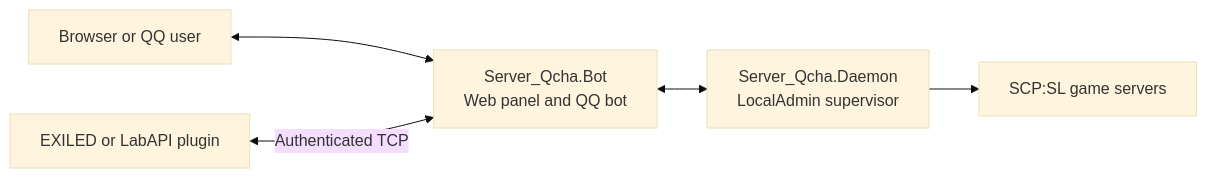
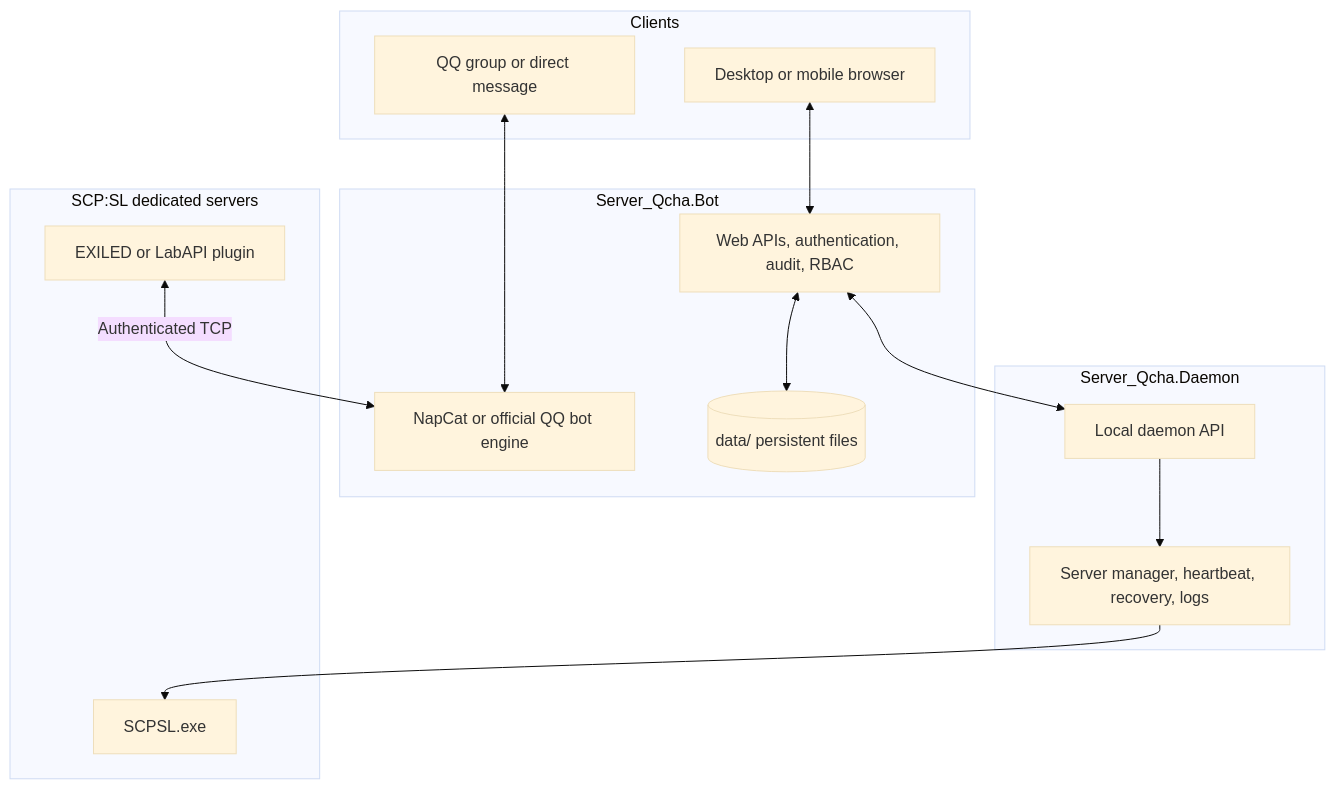
One commit to jikekei/Server_Qchat changed the diagram in README.md. Above: the diagram before and after it, drawn with Mermaid (base theme). The commit also changed other lines of this file and 40 other files, not shown here.

````diff
--- a/README.md
+++ b/README.md
@@ -34,7 +54,27 @@
 ```mermaid
-flowchart LR
-    User[Browser or QQ user] <--> Bot[Server_Qcha.Bot<br/>Web panel and QQ bot]
-    Bot <--> Daemon[Server_Qcha.Daemon<br/>LocalAdmin supervisor]
-    Daemon --> Games[SCP:SL game servers]
-    Plugins[EXILED or LabAPI plugin] <-->|Authenticated TCP| Bot
+graph TD
+  subgraph Clients["Clients"]
+    Browser["Desktop or mobile browser"]
+    QQ["QQ group or direct message"]
+  end
+  subgraph BotHost["Server_Qcha.Bot"]
+    Web["Web APIs, authentication, audit, RBAC"]
+    Bot["NapCat or official QQ bot engine"]
+    Data[("data/ persistent files")]
+  end
+  subgraph Supervisor["Server_Qcha.Daemon"]
+    API["Local daemon API"]
+    Manager["Server manager, heartbeat, recovery, logs"]
+  end
+  subgraph Servers["SCP:SL dedicated servers"]
+    Game["SCPSL.exe"]
+    Plugin["EXILED or LabAPI plugin"]
+  end
+  Browser <--> Web
+  Web <--> Data
+  QQ <--> Bot
+  Web <--> API
+  API --> Manager
+  Manager --> Game
+  Plugin <-->|Authenticated TCP| Bot
 ```
````
